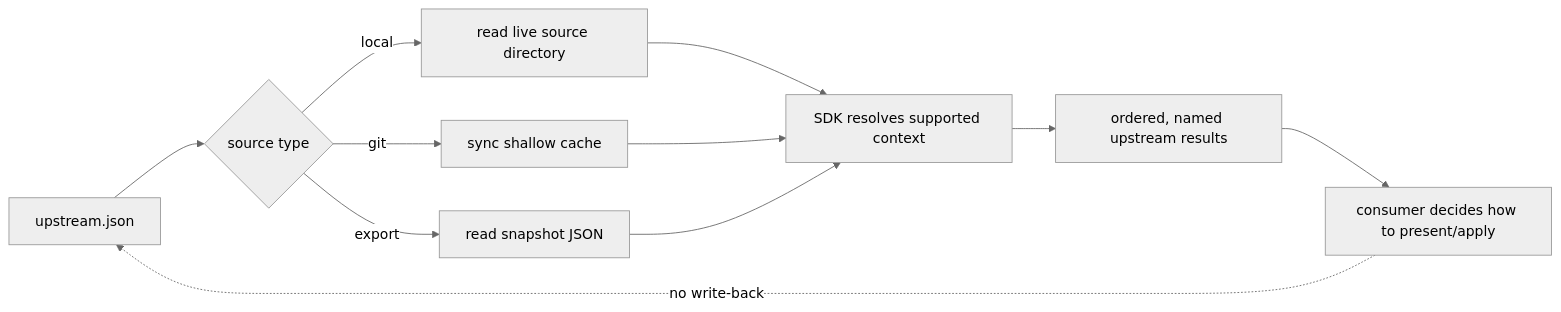
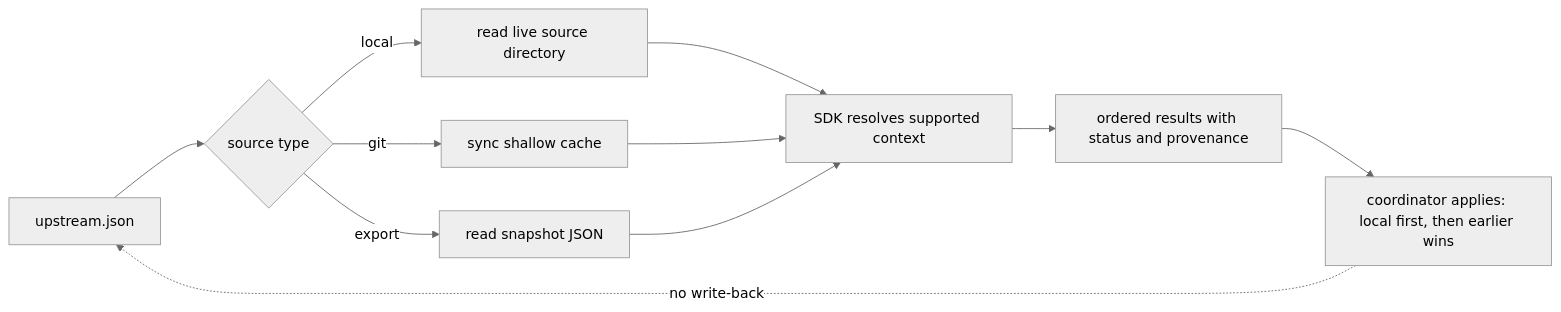
Before and after one commit to cwoodruff/squad-book: the third of 3 diagrams in book/vol2/part-01/ch04-portability.md, drawn with Mermaid (neutral theme). The commit also changed other lines of this file and 68 other files, not shown here.

````diff
--- a/book/vol2/part-01/ch04-portability.md
+++ b/book/vol2/part-01/ch04-portability.md
@@ -156,13 +180,13 @@
 ```mermaid
 flowchart LR
   A["upstream.json"] --> B{"source type"}
   B -->|local| C["read live source directory"]
   B -->|git| D["sync shallow cache"]
   B -->|export| E["read snapshot JSON"]
   C --> F["SDK resolves supported context"]
   D --> F
   E --> F
-  F --> G["ordered, named upstream results"]
-  G --> H["consumer decides how to present/apply"]
+  F --> G["ordered results with status and provenance"]
+  G --> H["coordinator applies: local first, then earlier wins"]
   H -.->|no write-back| A
 ```
````
